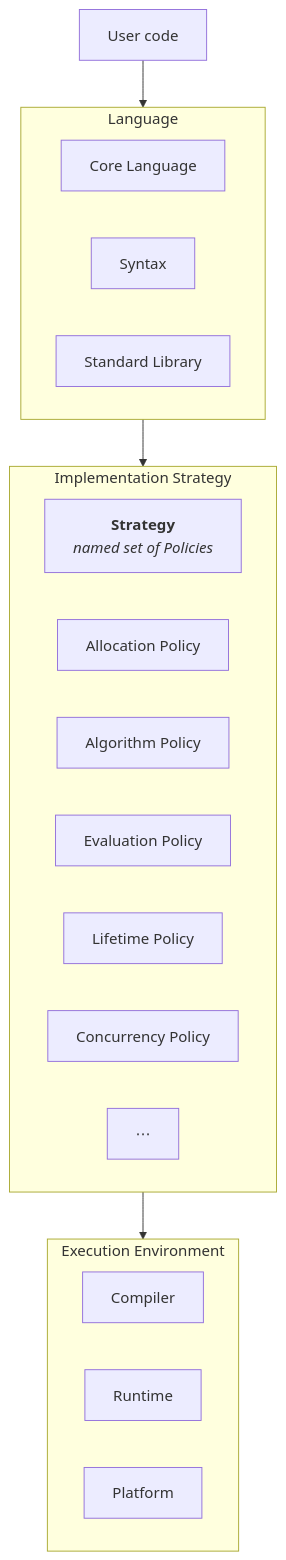
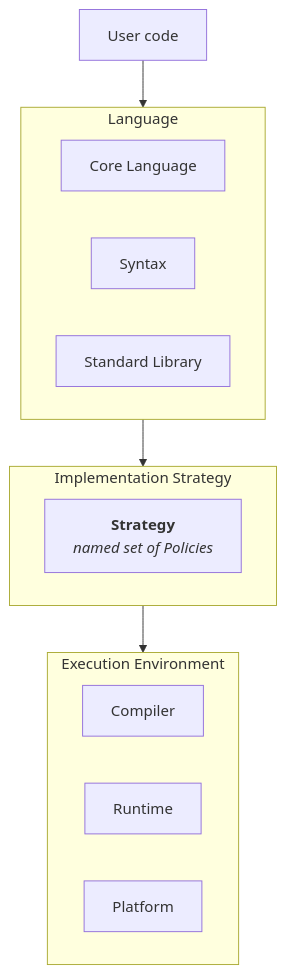
Before and after one commit to orthon-lang/docs: the diagram in how/architecture/ARCHITECTURE.md, drawn with Mermaid. The commit also changed other lines of this file, not shown here.

Commit message:
Refine architecture documentation: clarify the relationship between layers and update terminology for consistency

````diff
--- a/how/architecture/ARCHITECTURE.md
+++ b/how/architecture/ARCHITECTURE.md
@@ -22,31 +22,25 @@
 ``` mermaid
 flowchart TD
     UC["User code"]
 
     subgraph LANG["Language"]
         CL["Core Language"]
         SX["Syntax"]
         SL["Standard Library"]
     end
 
     subgraph STRAT["Implementation Strategy"]
         direction LR
         STRAT_LBL["<b>Strategy</b><br/><i>named set of Policies</i>"]
-        POL1["Allocation Policy"]
-        POL2["Algorithm Policy"]
-        POL3["Evaluation Policy"]
-        POL4["Lifetime Policy"]
-        POL5["Concurrency Policy"]
-        POL6["⋯"]
     end
 
     subgraph EXEC["Execution Environment"]
         C["Compiler"]
         R["Runtime"]
         P["Platform"]
     end
 
     UC --> LANG
     LANG --> STRAT
     STRAT --> EXEC
 ```
````
